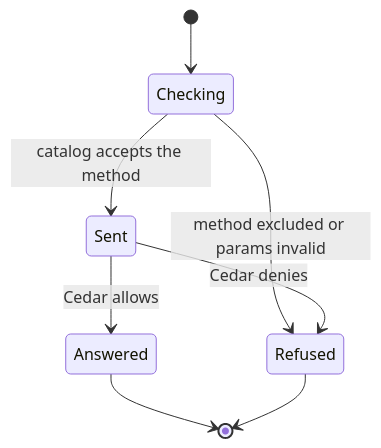
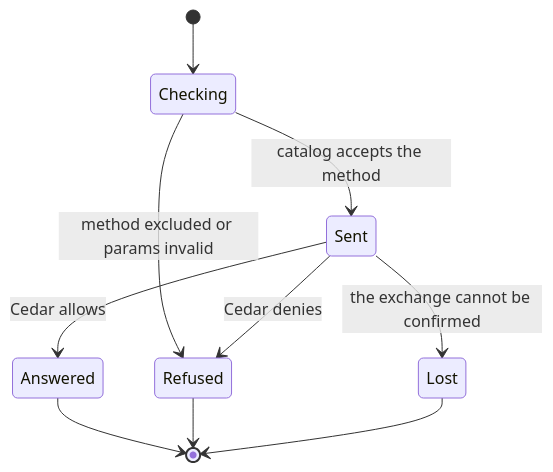
One commit to nessalabs/nessa-agent changed the diagram in docs/state/services/gateway/call-a-method-from-the-cli-or-mcp.md. Above: the diagram before and after it, drawn with Mermaid. The commit also changed other lines of this file and 11 other files, not shown here.

````diff
--- a/docs/state/services/gateway/call-a-method-from-the-cli-or-mcp.md
+++ b/docs/state/services/gateway/call-a-method-from-the-cli-or-mcp.md
@@ -60,10 +91,12 @@
 ```mermaid
 stateDiagram-v2
     [*] --> Checking
     Checking --> Refused: method excluded or params invalid
     Checking --> Sent: catalog accepts the method
     Sent --> Answered: Cedar allows
     Sent --> Refused: Cedar denies
+    Sent --> Lost: the exchange cannot be confirmed
     Answered --> [*]
     Refused --> [*]
+    Lost --> [*]
 ```
````
